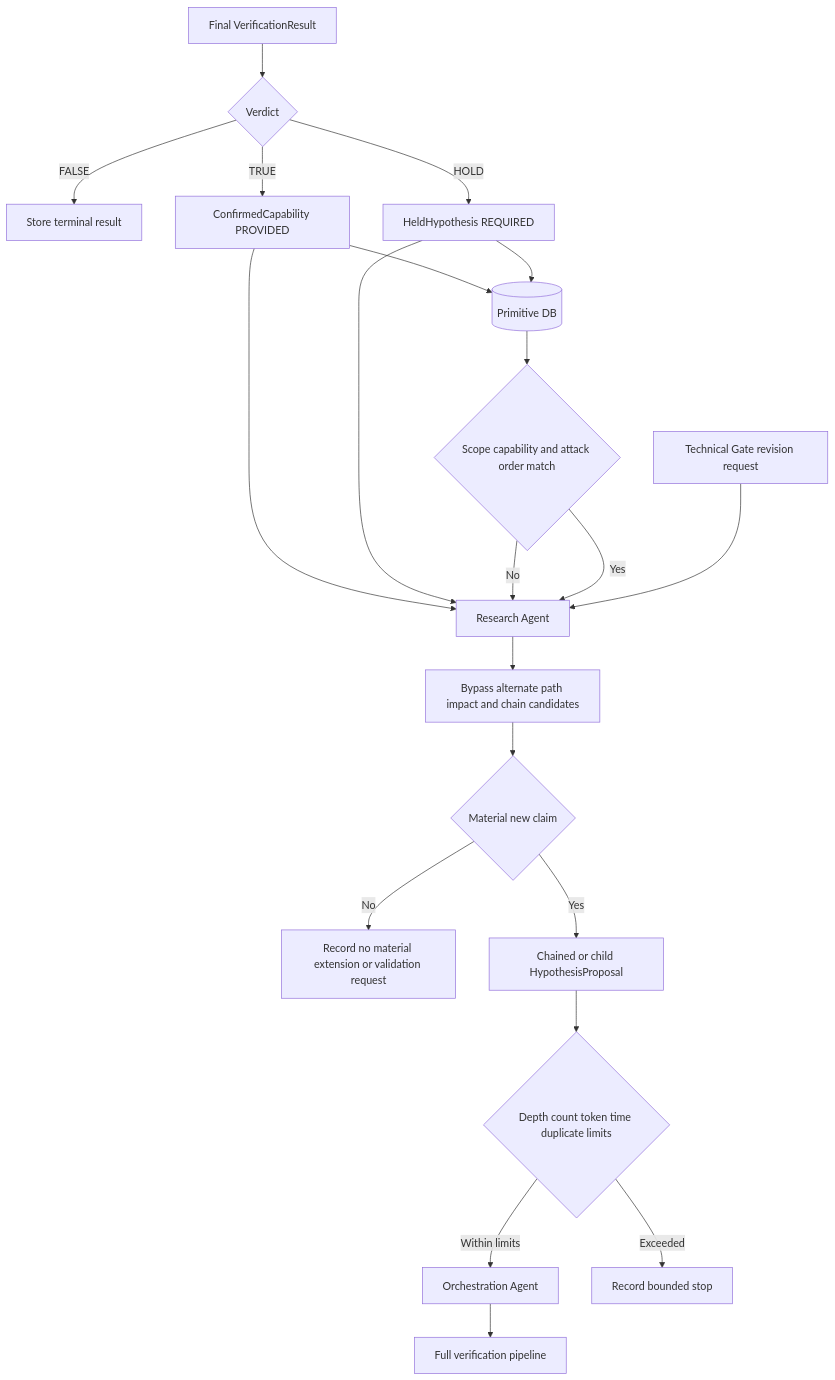
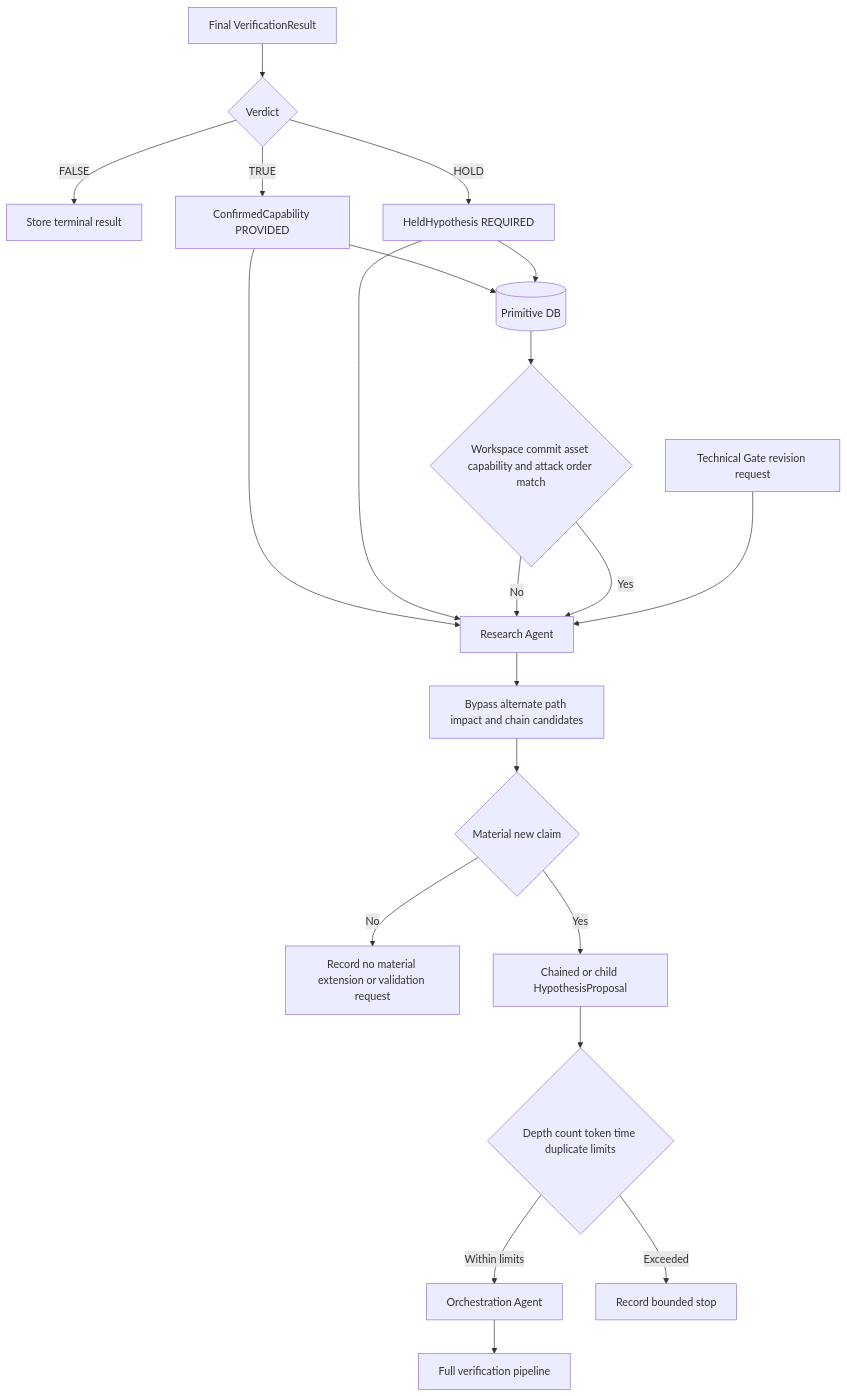
The fifth of 8 diagrams in docs/architecture-v5/13-architecture-diagrams.md (SASTsimi/sastsimi), drawn with Mermaid before and after one commit. The commit also changed other lines of this file and 29 other files, not shown here.

````diff
--- a/docs/architecture-v5/13-architecture-diagrams.md
+++ b/docs/architecture-v5/13-architecture-diagrams.md
@@ -139,23 +141,23 @@
 ```mermaid
 flowchart TB
     VR[Final VerificationResult] --> KIND{Verdict}
     KIND -->|FALSE| CLOSED[Store terminal result]
     KIND -->|TRUE| PROVIDED[ConfirmedCapability PROVIDED]
     KIND -->|HOLD| REQUIRED[HeldHypothesis REQUIRED]
     PROVIDED --> PDB[(Primitive DB)]
     PROVIDED --> RESEARCH[Research Agent]
     REQUIRED --> PDB
     REQUIRED --> RESEARCH
-    PDB --> MATCH{Scope capability and attack order match}
+    PDB --> MATCH{Workspace commit asset capability and attack order match}
     MATCH -->|No| RESEARCH[Research Agent]
     MATCH -->|Yes| RESEARCH
     TGREV[Technical Gate revision request] --> RESEARCH
     RESEARCH --> CAND[Bypass alternate path impact and chain candidates]
     CAND --> MATERIAL{Material new claim}
     MATERIAL -->|No| RECORD[Record no material extension or validation request]
     MATERIAL -->|Yes| NEW[Chained or child HypothesisProposal]
     NEW --> LIMIT{Depth count token time duplicate limits}
     LIMIT -->|Within limits| ORCH[Orchestration Agent]
     LIMIT -->|Exceeded| STOP[Record bounded stop]
     ORCH --> VERIFY[Full verification pipeline]
 ```
````
